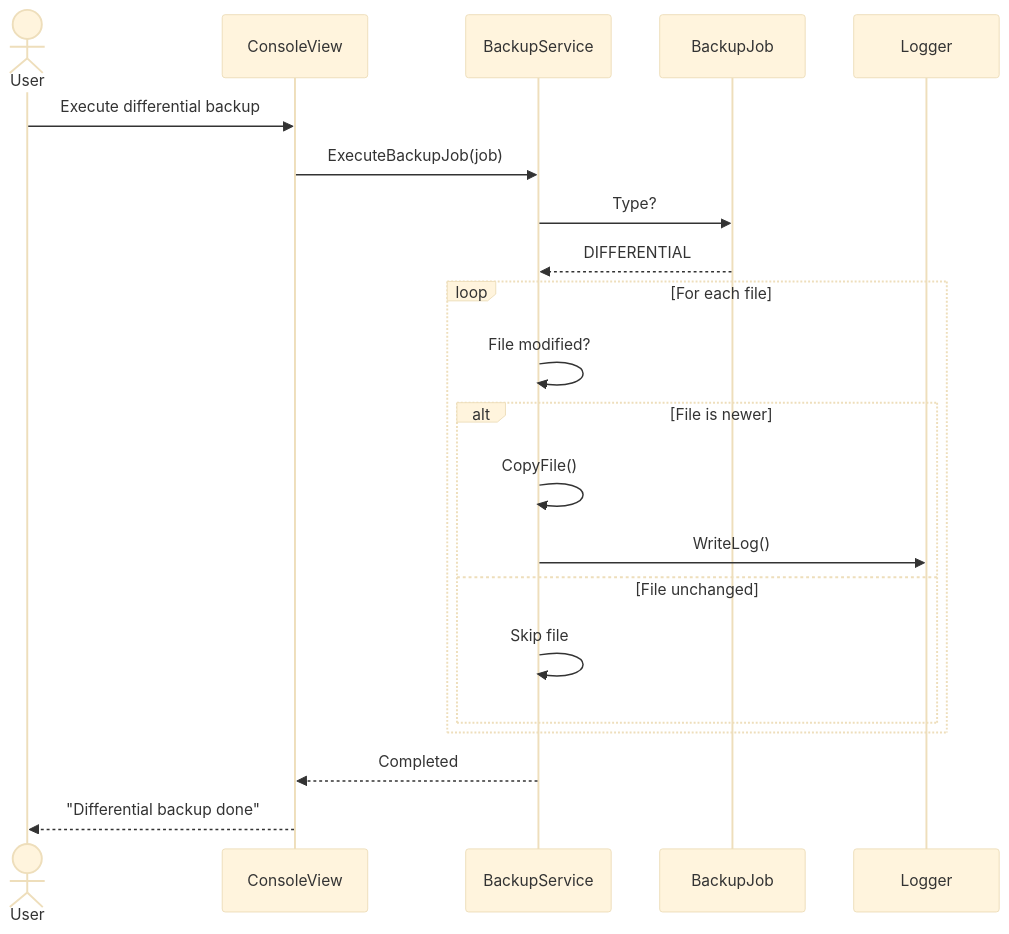
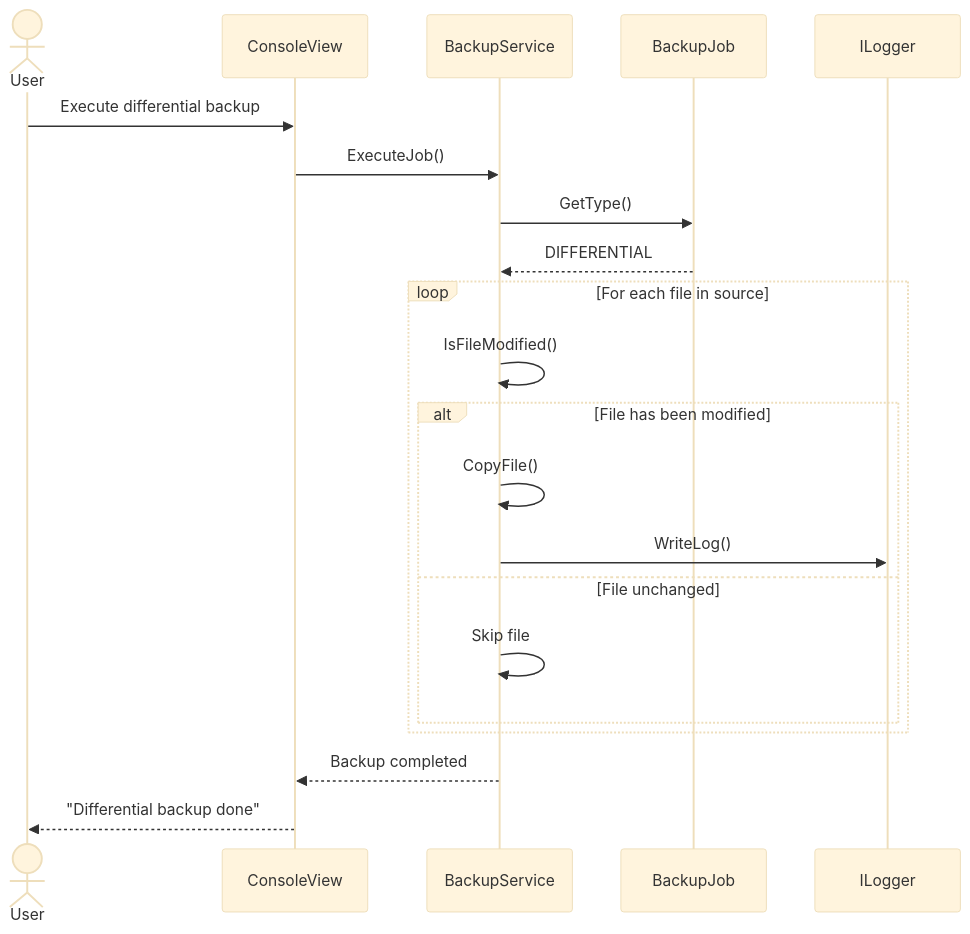
Before and after one commit to Groupe1-Prosoft/EasySave: the seventh of 8 diagrams in Diagrams/UML.md, drawn with Mermaid (base theme). The commit also changed other lines of this file, not shown here.

First line of the commit message:
Refactor UML diagrams for EasySave 1.0

````diff
--- a/Diagrams/UML.md
+++ b/Diagrams/UML.md
@@ -303,28 +306,28 @@
 ```mermaid
 sequenceDiagram
     actor User
     participant ConsoleView
     participant BackupService
     participant BackupJob
-    participant Logger
-    
+    participant ILogger
+
     User->>ConsoleView: Execute differential backup
-    ConsoleView->>BackupService: ExecuteBackupJob(job)
-    
-    BackupService->>BackupJob: Type?
+    ConsoleView->>BackupService: ExecuteJob()
+
+    BackupService->>BackupJob: GetType()
     BackupJob-->>BackupService: DIFFERENTIAL
-    
-    loop For each file
-        BackupService->>BackupService: File modified?
-        
-        alt File is newer
+
+    loop For each file in source
+        BackupService->>BackupService: IsFileModified()
+
+        alt File has been modified
             BackupService->>BackupService: CopyFile()
-            BackupService->>Logger: WriteLog()
+            BackupService->>ILogger: WriteLog()
         else File unchanged
             BackupService->>BackupService: Skip file
         end
     end
-    
-    BackupService-->>ConsoleView: Completed
+
+    BackupService-->>ConsoleView: Backup completed
     ConsoleView-->>User: "Differential backup done"
 ```
````
